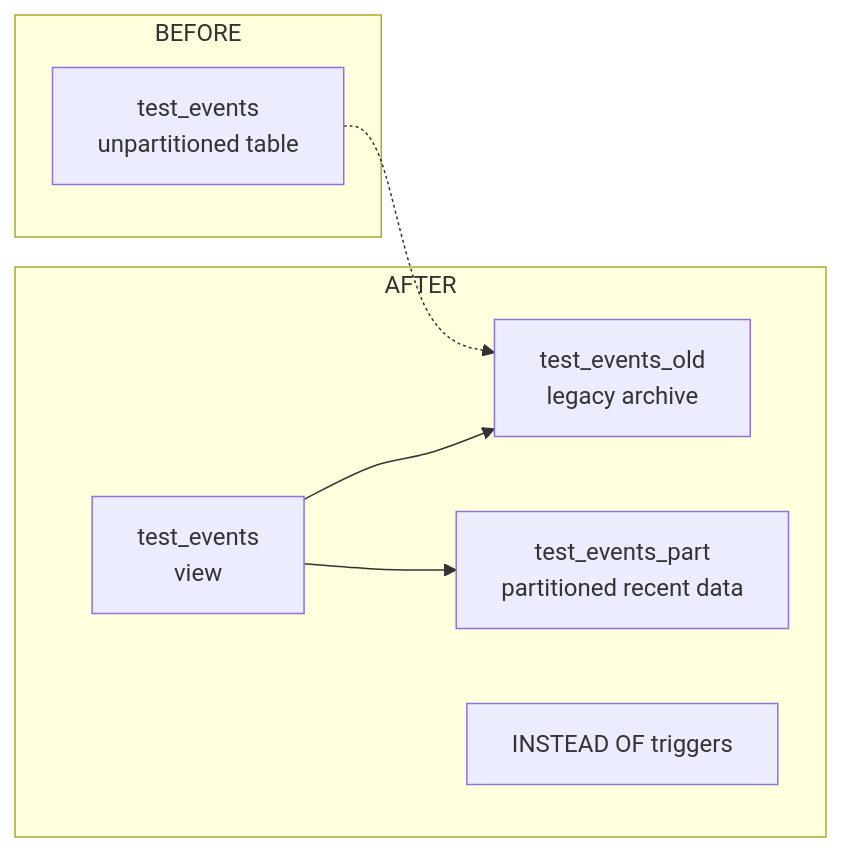
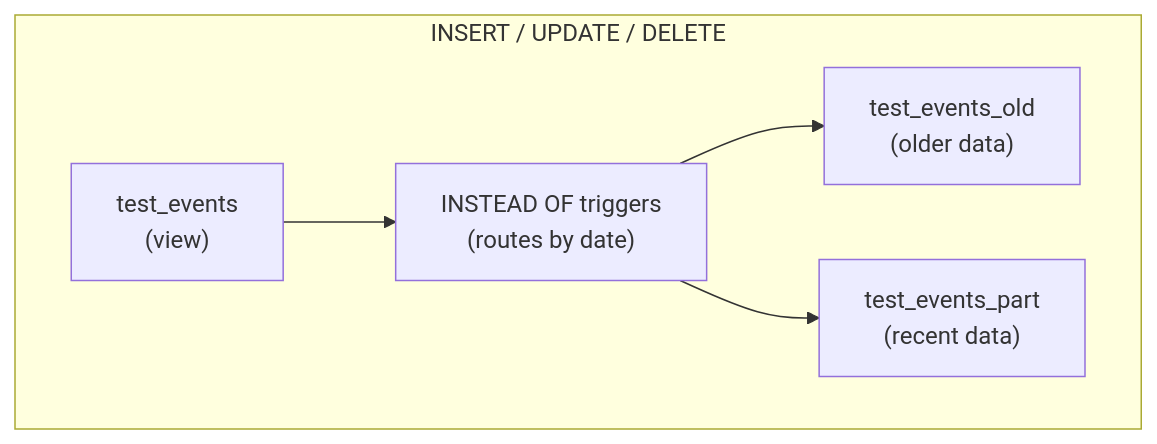
Before and after one commit to bogdan-lefter09/oracle-routing-to-partitioned-table: the third of 3 diagrams in README.md, drawn with Mermaid. The commit also changed other lines of this file, not shown here.

````diff
--- a/README.md
+++ b/README.md
@@ -87,18 +76,13 @@
 ```mermaid
-flowchart LR
-    subgraph BEFORE
-        A[test_events<br/>unpartitioned table]
+flowchart
+    subgraph AFTER_WRITE["INSERT / UPDATE / DELETE"]
+        D2["test_events<br/>(view)"]
+        E["INSTEAD OF triggers<br/>(routes by date)"]
+        B2["test_events_old<br/>(older data)"]
+        C2["test_events_part<br/>(recent data)"]
     end
 
-    subgraph AFTER
-        B[test_events_old<br/>legacy archive]
-        C[test_events_part<br/>partitioned recent data]
-        D[test_events<br/>view]
-        E[INSTEAD OF triggers]
-    end
-
-    %% Invisible edge to keep BEFORE on the left and AFTER on the right
-    A -.-> B
-    D --> B
-    D --> C
+    D2 --> E
+    E --> B2
+    E --> C2
 ```
````
